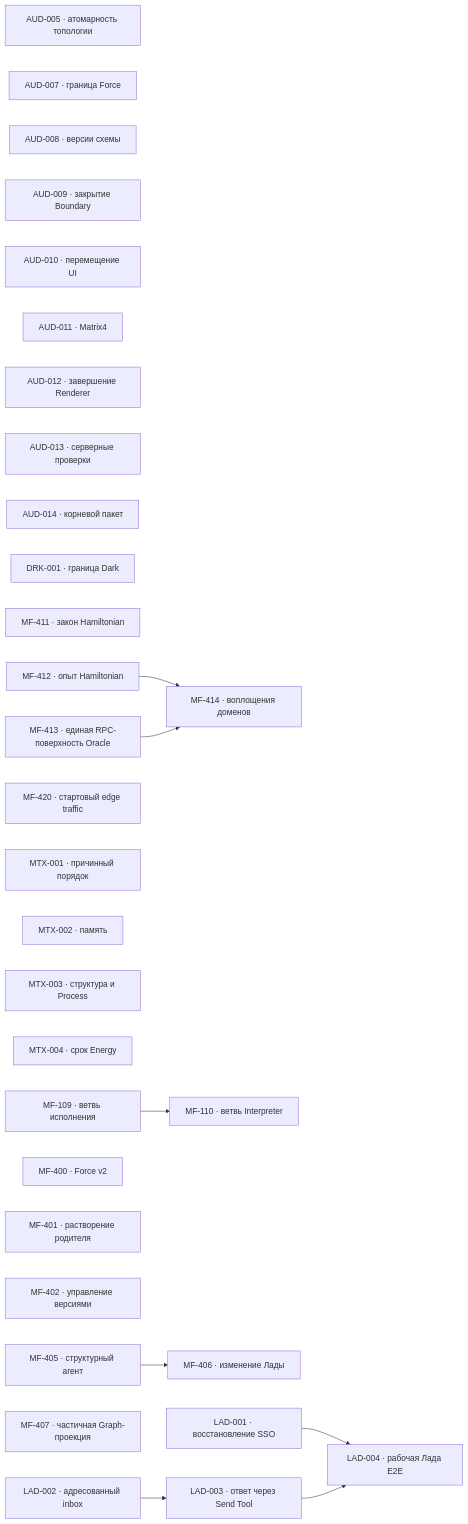
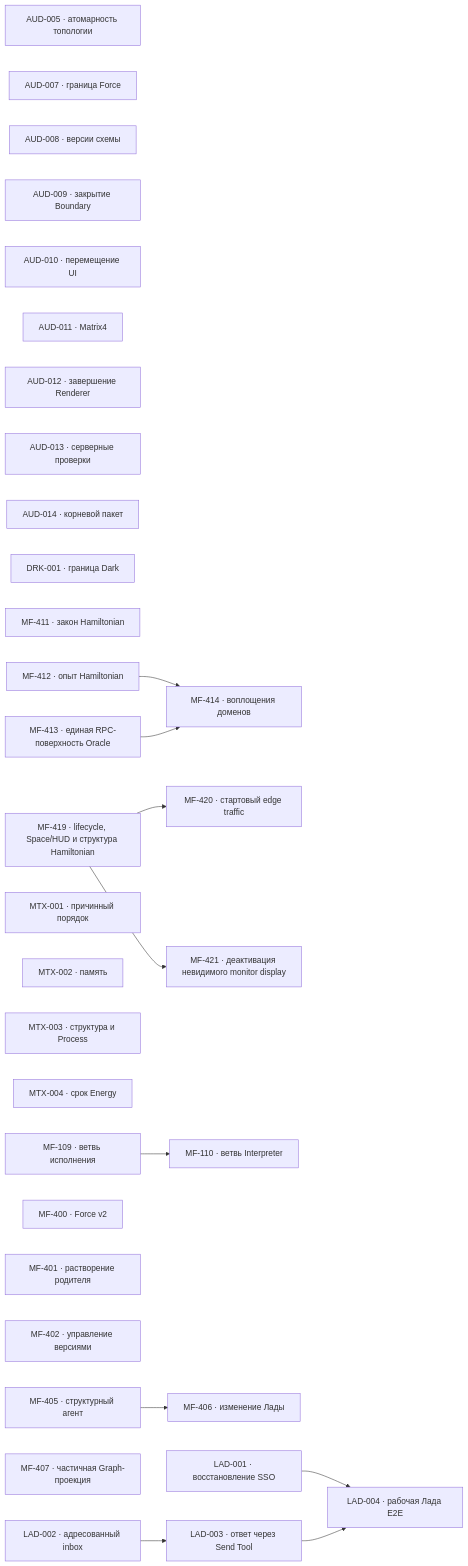
One commit to zavx0z/metafor changed the first of 2 diagrams in project/TODO.md. Above: the diagram before and after it, drawn with Mermaid. The commit also changed other lines of this file and 27 other files, not shown here.

Commit message:
feat(hamiltonian): own graph layout in TypeScript

````diff
--- a/project/TODO.md
+++ b/project/TODO.md
@@ -13,41 +13,45 @@
 ```mermaid
 flowchart LR
     AUD005["AUD-005 · атомарность топологии"]
     AUD007["AUD-007 · граница Force"]
     AUD008["AUD-008 · версии схемы"]
     AUD009["AUD-009 · закрытие Boundary"]
     AUD010["AUD-010 · перемещение UI"]
     AUD011["AUD-011 · Matrix4"]
     AUD012["AUD-012 · завершение Renderer"]
     AUD013["AUD-013 · серверные проверки"]
     AUD014["AUD-014 · корневой пакет"]
     DRK001["DRK-001 · граница Dark"]
     MF411["MF-411 · закон Hamiltonian"]
     MF412["MF-412 · опыт Hamiltonian"]
     MF413["MF-413 · единая RPC-поверхность Oracle"]
     MF414["MF-414 · воплощения доменов"]
+    MF419["MF-419 · lifecycle, Space/HUD и структура Hamiltonian"]
     MF420["MF-420 · стартовый edge traffic"]
+    MF421["MF-421 · деактивация невидимого monitor display"]
     MTX001["MTX-001 · причинный порядок"]
     MTX002["MTX-002 · память"]
     MTX003["MTX-003 · структура и Process"]
     MTX004["MTX-004 · срок Energy"]
     MF109["MF-109 · ветвь исполнения"]
     MF110["MF-110 · ветвь Interpreter"]
     MF400["MF-400 · Force v2"]
     MF401["MF-401 · растворение родителя"]
     MF402["MF-402 · управление версиями"]
     MF405["MF-405 · структурный агент"]
     MF406["MF-406 · изменение Лады"]
     MF407["MF-407 · частичная Graph-проекция"]
     LAD001["LAD-001 · восстановление SSO"]
     LAD002["LAD-002 · адресованный inbox"]
     LAD003["LAD-003 · ответ через Send Tool"]
     LAD004["LAD-004 · рабочая Лада E2E"]
     MF109 --> MF110
     MF405 --> MF406
     MF412 --> MF414
+    MF419 --> MF420
+    MF419 --> MF421
     MF413 --> MF414
     LAD002 --> LAD003
     LAD001 --> LAD004
     LAD003 --> LAD004
 ```
````
